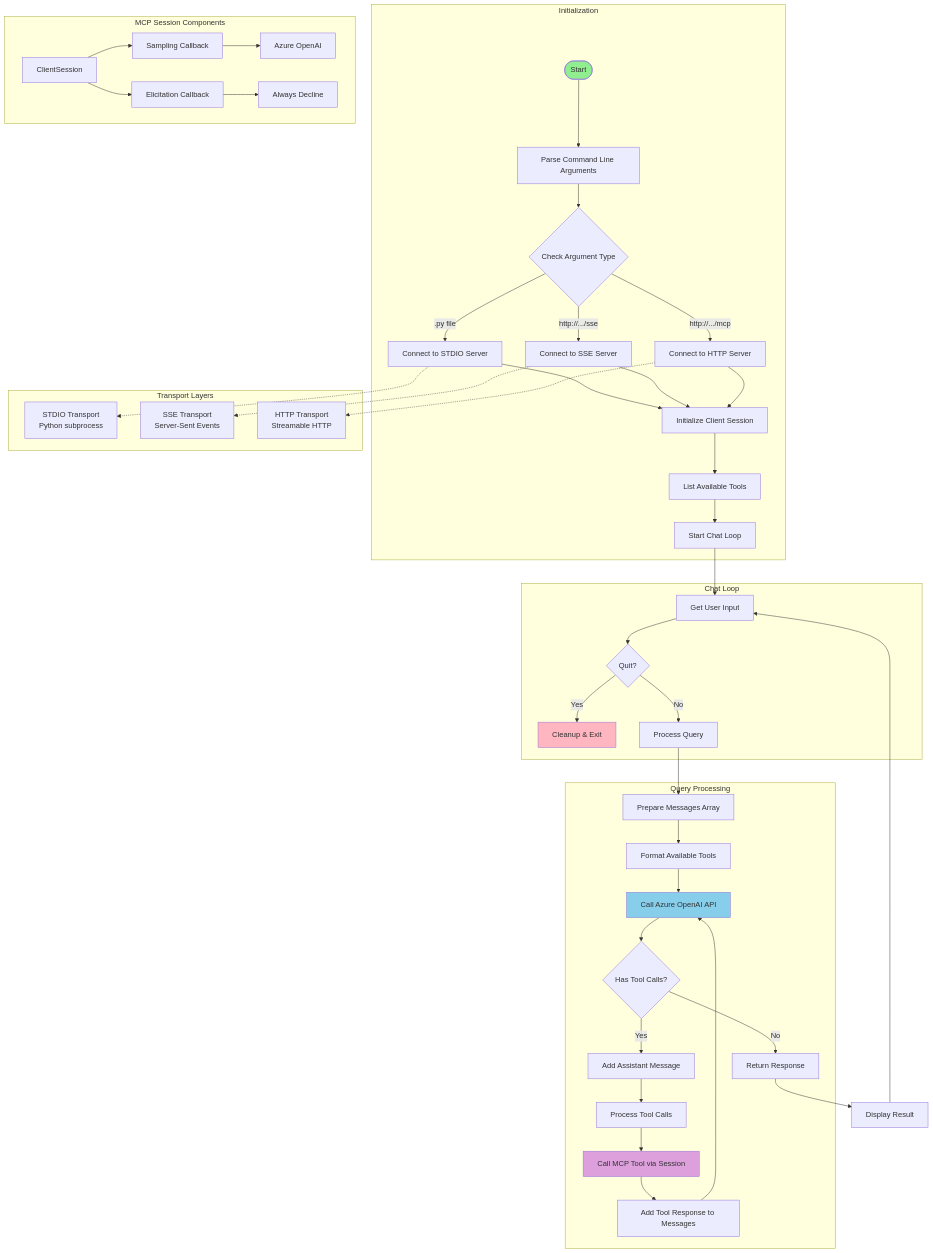
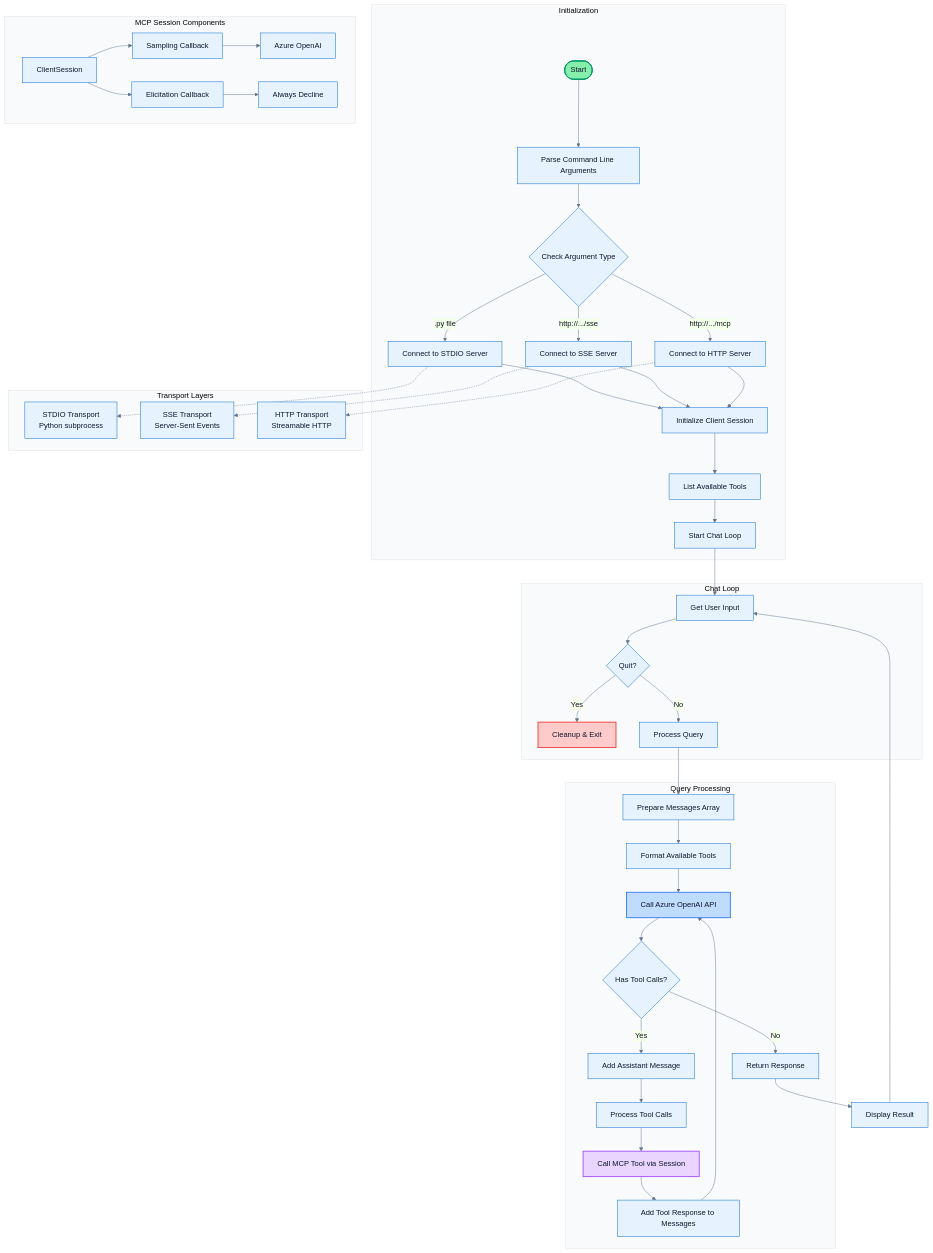
Before and after one commit to huangyingting/mcp-workshop: the first of 5 diagrams in README.md, drawn with Mermaid. The commit also changed other lines of this file, not shown here.

````diff
--- a/README.md
+++ b/README.md
@@ -184,65 +184,73 @@
 ```mermaid
+%%{init: {'theme': 'base', 'themeVariables': {
+  'fontFamily': 'Inter,Segoe UI,Arial,sans-serif',
+  'primaryColor': '#e6f3ff',
+  'primaryBorderColor': '#0066cc',
+  'primaryTextColor': '#0f172a',
+  'tertiaryColor': '#f8fafc',
+  'lineColor': '#64748b'
+}}}%%
 graph TB
     subgraph "Initialization"
         Start([Start]) --> ParseArgs[Parse Command Line Arguments]
         ParseArgs --> CheckArg{Check Argument Type}
         CheckArg -->|.py file| ConnectStdio[Connect to STDIO Server]
         CheckArg -->|http://.../sse| ConnectSSE[Connect to SSE Server]
         CheckArg -->|http://.../mcp| ConnectHTTP[Connect to HTTP Server]
         
         ConnectStdio --> InitSession[Initialize Client Session]
         ConnectSSE --> InitSession
         ConnectHTTP --> InitSession
         
         InitSession --> ListTools[List Available Tools]
         ListTools --> ChatLoop[Start Chat Loop]
     end
     
     subgraph "Chat Loop"
         ChatLoop --> UserInput[Get User Input]
         UserInput --> CheckQuit{Quit?}
         CheckQuit -->|Yes| Cleanup[Cleanup & Exit]
         CheckQuit -->|No| ProcessQuery[Process Query]
     end
     
     subgraph "Query Processing"
         ProcessQuery --> PrepareMessages[Prepare Messages Array]
         PrepareMessages --> PrepareTools[Format Available Tools]
         PrepareTools --> CallOpenAI[Call Azure OpenAI API]
         
         CallOpenAI --> CheckToolCalls{Has Tool Calls?}
         CheckToolCalls -->|No| ReturnResponse[Return Response]
         CheckToolCalls -->|Yes| AddAssistantMsg[Add Assistant Message]
         
         AddAssistantMsg --> ProcessToolCalls[Process Tool Calls]
         ProcessToolCalls --> CallMCPTool[Call MCP Tool via Session]
         CallMCPTool --> AddToolResponse[Add Tool Response to Messages]
         AddToolResponse --> CallOpenAI
     end
     
     subgraph "MCP Session Components"
         Session[ClientSession]
         Session --> SamplingCB[Sampling Callback]
         Session --> ElicitationCB[Elicitation Callback]
         SamplingCB --> AzureOpenAI2[Azure OpenAI]
         ElicitationCB --> Decline[Always Decline]
     end
     
     ReturnResponse --> DisplayResult[Display Result]
     DisplayResult --> UserInput
     
     subgraph "Transport Layers"
         StdioTransport[STDIO Transport<br/>Python subprocess]
         SSETransport[SSE Transport<br/>Server-Sent Events]
         HTTPTransport[HTTP Transport<br/>Streamable HTTP]
     end
     
     ConnectStdio -.-> StdioTransport
     ConnectSSE -.-> SSETransport
     ConnectHTTP -.-> HTTPTransport
     
-    style Start fill:#90EE90
-    style Cleanup fill:#FFB6C1
-    style CallOpenAI fill:#87CEEB
-    style CallMCPTool fill:#DDA0DD
+    style Start fill:#86efac,stroke:#059669,stroke-width:2px
+    style Cleanup fill:#fecaca,stroke:#ef4444,stroke-width:2px
+    style CallOpenAI fill:#bfdbfe,stroke:#3b82f6,stroke-width:2px
+    style CallMCPTool fill:#e9d5ff,stroke:#a855f7,stroke-width:2px
 ```
````
